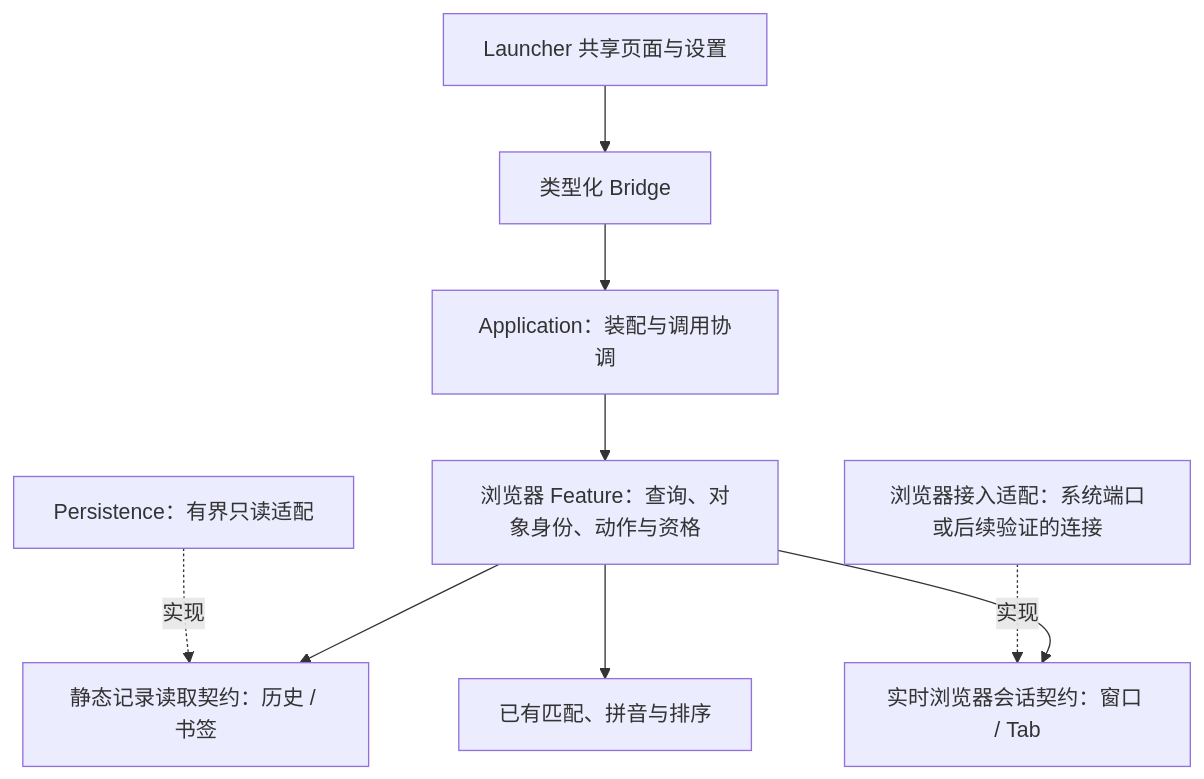
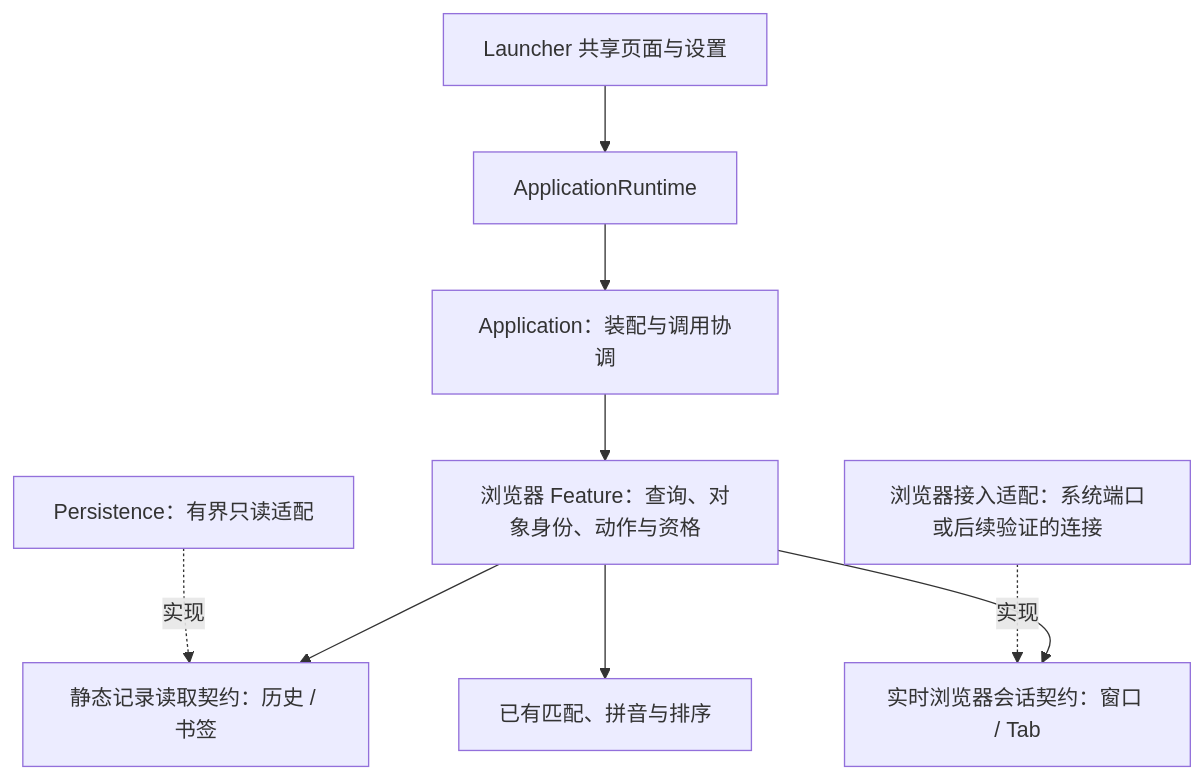
The diagram in docs/browser-feature.md (FantasyDream/Anywhere), drawn with Mermaid before and after one commit. The commit also changed 23 other files, not shown here.

````diff
--- a/docs/browser-feature.md
+++ b/docs/browser-feature.md
@@ -26,11 +26,11 @@
 ```mermaid
 flowchart TD
-    UI[Launcher 共享页面与设置] --> Bridge[类型化 Bridge]
-    Bridge --> App[Application：装配与调用协调]
+    UI[Launcher 共享页面与设置] --> Runtime[ApplicationRuntime]
+    Runtime --> App[Application：装配与调用协调]
     App --> Browser[浏览器 Feature：查询、对象身份、动作与资格]
     Browser --> Static[静态记录读取契约：历史 / 书签]
     Browser --> Live[实时浏览器会话契约：窗口 / Tab]
     Readers[Persistence：有界只读适配] -.实现.-> Static
     Adapter[浏览器接入适配：系统端口或后续验证的连接] -.实现.-> Live
     Browser --> Search[已有匹配、拼音与排序]
 ```
````
